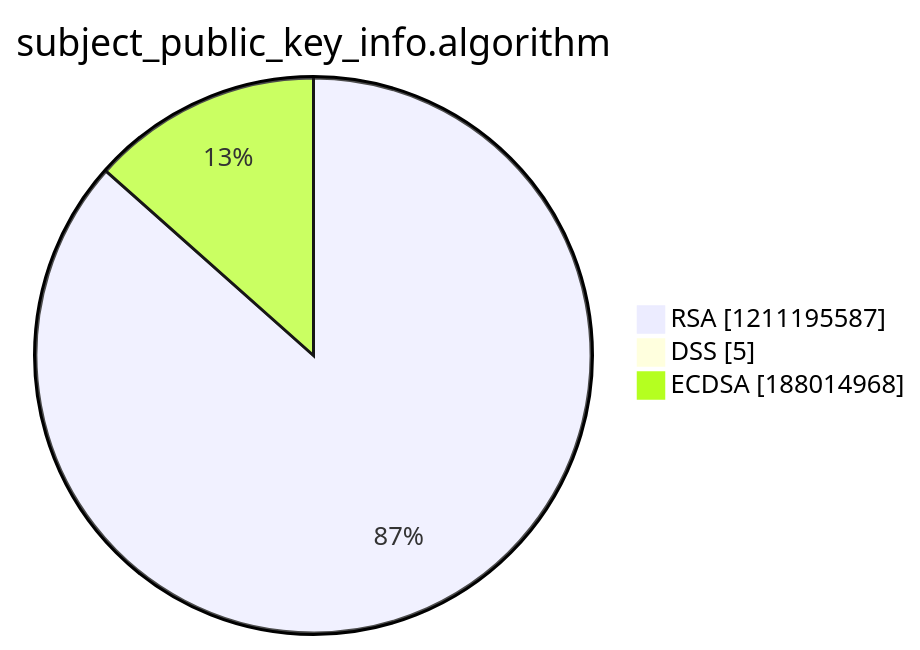
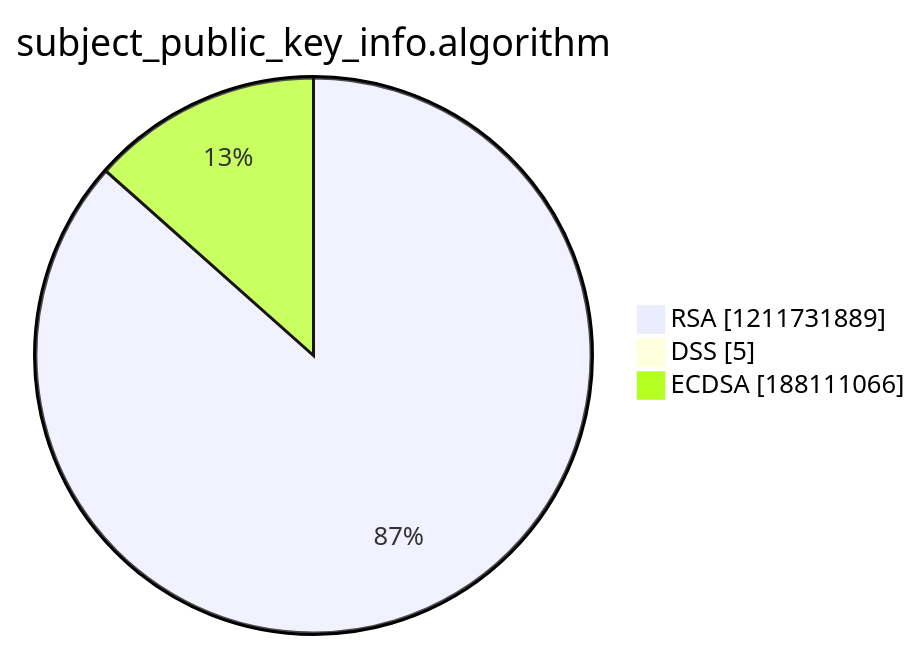
Before and after one commit to christiankrug/ctmonitor_visualization: the third of 15 diagrams in argon2022/README.md, drawn with Mermaid. The commit also changed other lines of this file, not shown here.

````diff
--- a/argon2022/README.md
+++ b/argon2022/README.md
@@ -14,7 +14,7 @@
 ```mermaid
 pie showData
 title subject_public_key_info.algorithm
-"RSA" :1211195587
+"RSA" :1211731889
 "DSS" :5
-"ECDSA" :188014968
+"ECDSA" :188111066
 ```
````
